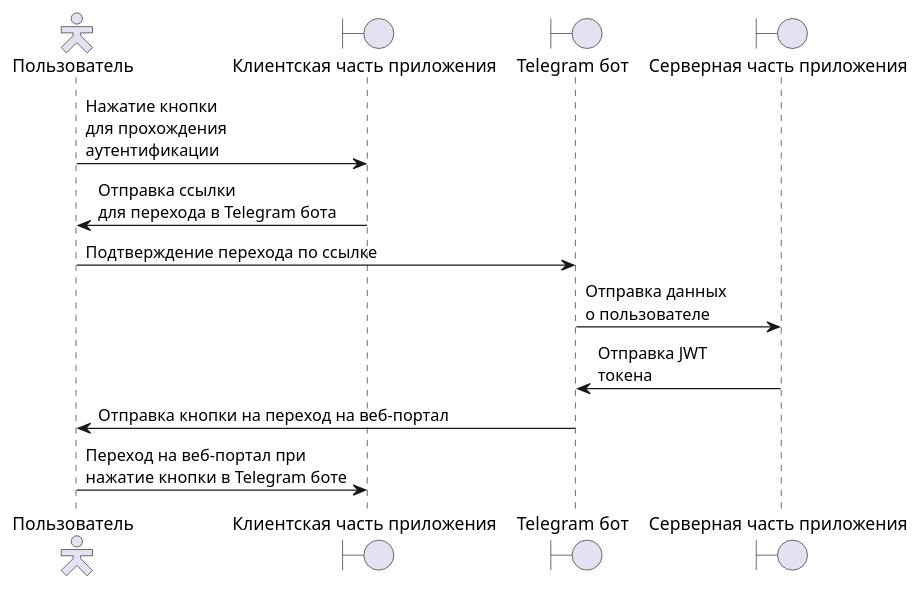
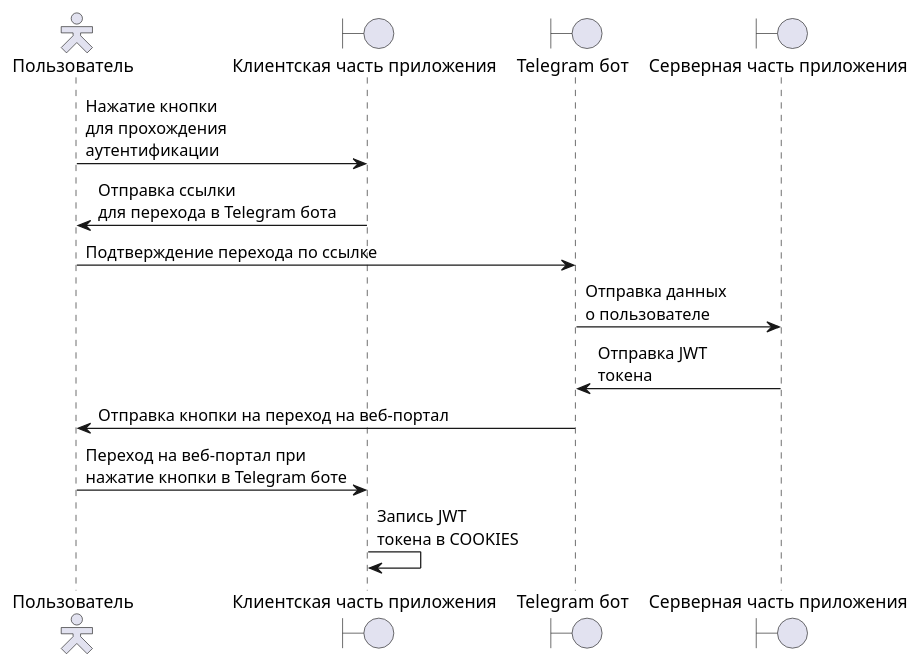
One commit to TrondinDS/SNGGame changed the diagram in doc/diagrams/tg_auth_sequence.puml. Above: the diagram before and after it, drawn with PlantUML. The commit also changed 4 other files, not shown here.

Commit message:
update diagrams

```diff
--- a/doc/diagrams/tg_auth_sequence.puml
+++ b/doc/diagrams/tg_auth_sequence.puml
@@ -1,17 +1,18 @@
 @startuml
 
 skinparam actorStyle hollow
 Actor "Пользователь" as usr
 Boundary "Клиентская часть приложения" as front
 Boundary "Telegram бот" as tg
 Boundary "Серверная часть приложения" as back
 
 usr -> front : Нажатие кнопки\nдля прохождения\nаутентификации
 front -> usr : Отправка ссылки\nдля перехода в Telegram бота
 usr -> tg : Подтверждение перехода по ссылке
 tg -> back : Отправка данных\nо пользователе
 back -> tg : Отправка JWT\nтокена
 tg -> usr : Отправка кнопки на переход на веб-портал
 usr -> front : Переход на веб-портал при\nнажатие кнопки в Telegram боте
+front -> front : Запись JWT\nтокена в COOKIES
 
 @enduml
```
